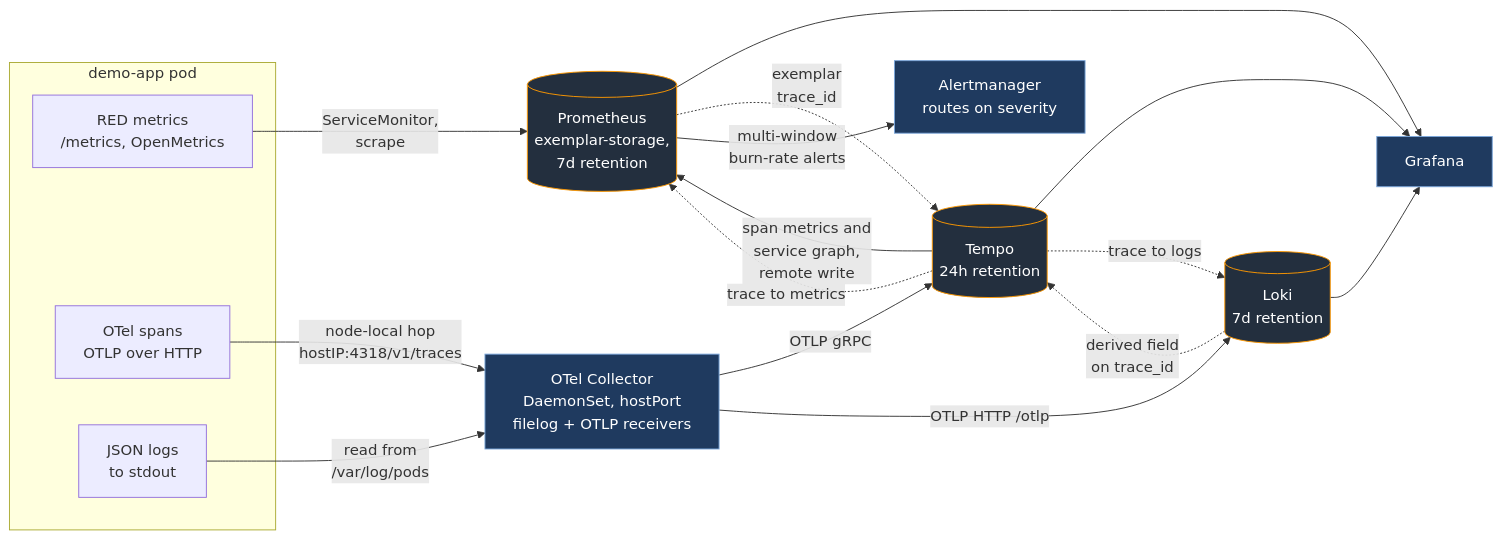
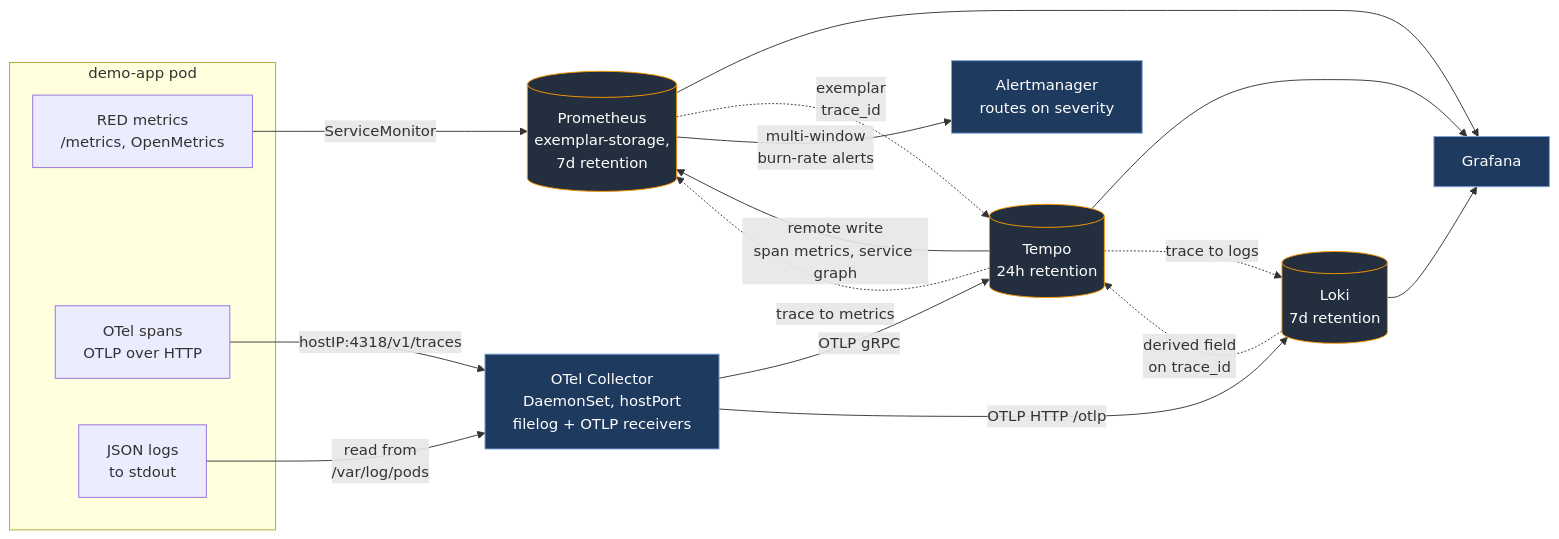
Before and after one commit to grandemeks/eks-platform: the third of 3 diagrams in README.md, drawn with Mermaid. The commit also changed other lines of this file, not shown here.

Commit message:
docs: improved mermaid diagrams to present infra

````diff
--- a/README.md
+++ b/README.md
@@ -80,40 +79,40 @@
 ```mermaid
 flowchart LR
     subgraph APP["demo-app pod"]
         red["RED metrics<br/>/metrics, OpenMetrics"]
         spans["OTel spans<br/>OTLP over HTTP"]
         logs["JSON logs<br/>to stdout"]
     end
 
     coll["OTel Collector<br/>DaemonSet, hostPort<br/>filelog + OTLP receivers"]
 
     logs -->|"read from<br/>/var/log/pods"| coll
-    spans -->|"node-local hop<br/>hostIP:4318/v1/traces"| coll
+    spans -->|"hostIP:4318/v1/traces"| coll
 
     prom[("Prometheus<br/>exemplar-storage,<br/>7d retention")]
     tempo[("Tempo<br/>24h retention")]
     loki[("Loki<br/>7d retention")]
 
-    red -->|"ServiceMonitor,<br/>scrape"| prom
+    red -->|"ServiceMonitor"| prom
     coll -->|"OTLP gRPC"| tempo
     coll -->|"OTLP HTTP /otlp"| loki
-    tempo -->|"span metrics and<br/>service graph,<br/>remote write"| prom
+    tempo -->|"remote write<br/>span metrics, service graph"| prom
 
     graf["Grafana"]
     prom --> graf
     tempo --> graf
     loki --> graf
 
     prom -.->|"exemplar<br/>trace_id"| tempo
     loki -.->|"derived field<br/>on trace_id"| tempo
     tempo -.->|"trace to logs"| loki
     tempo -.->|"trace to metrics"| prom
 
     am["Alertmanager<br/>routes on severity"]
     prom -->|"multi-window<br/>burn-rate alerts"| am
 
     classDef store fill:#232f3e,stroke:#ff9900,color:#ffffff
     classDef comp fill:#1f3a5f,stroke:#7aa6da,color:#ffffff
     class prom,tempo,loki store
     class coll,graf,am comp
 ```
````
